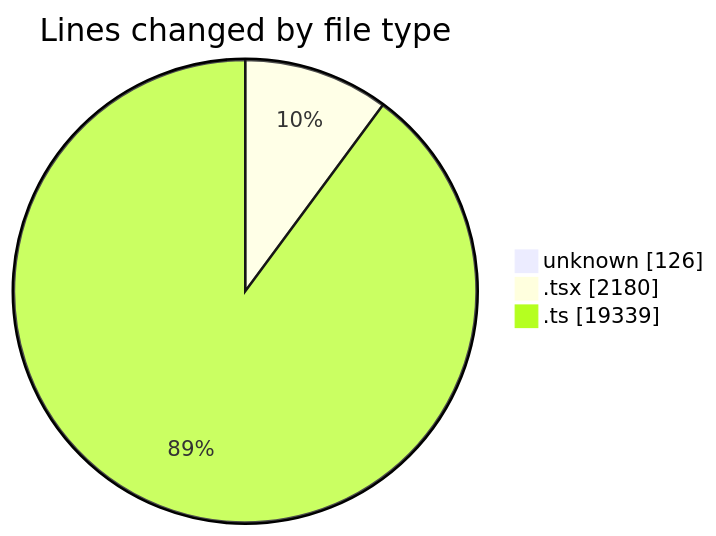
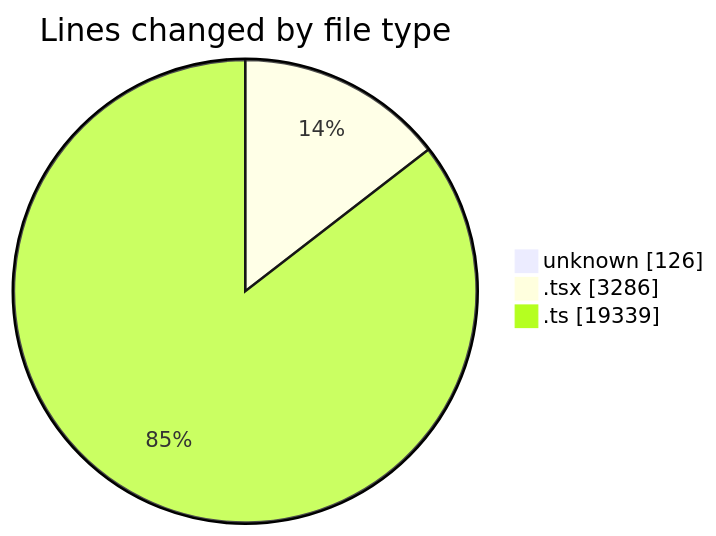
The first of 2 diagrams in 2026-09-23/cda/README.md (momahboobian/code-tracking), drawn with Mermaid before and after one commit. The commit also changed other lines of this file and 1 other file, not shown here.

````diff
--- a/2026-09-23/cda/README.md
+++ b/2026-09-23/cda/README.md
@@ -32,7 +35,7 @@
 ```mermaid
 pie showData
 title Lines changed by file type
 "unknown" : 126
-".tsx" : 2180
+".tsx" : 3286
 ".ts" : 19339
 ```
````
